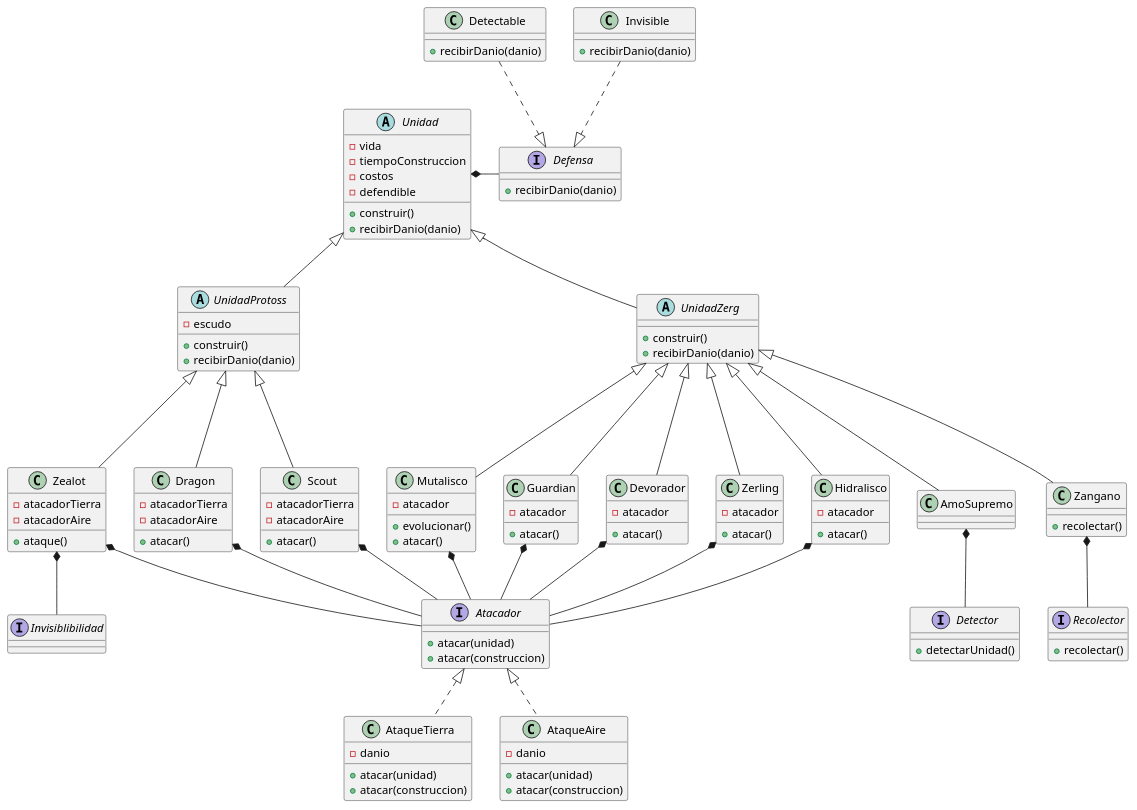
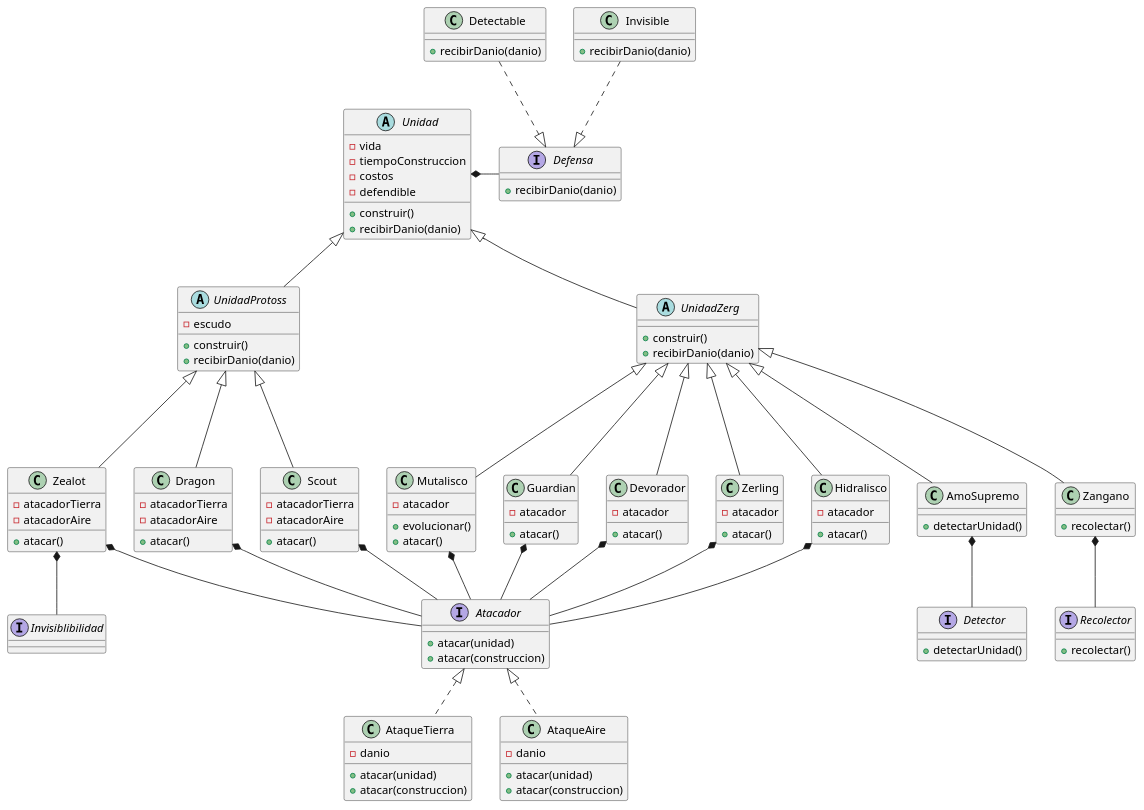
One commit to GiaWong/Algo3_TP2_2C2022 changed the diagram in diagrams/classes/Modelo3/ModeloUnidades.puml. Above: the diagram before and after it, drawn with PlantUML. The commit also changed 21 other files, not shown here.

```diff
--- a/diagrams/classes/Modelo3/ModeloUnidades.puml
+++ b/diagrams/classes/Modelo3/ModeloUnidades.puml
@@ -1,158 +1,158 @@
 @startuml
 
 interface Defensa {
     +recibirDanio(danio)
 }
 
 class Invisible {
     +recibirDanio(danio)
 }
 
 class Detectable {
     +recibirDanio(danio)
 }
 
 abstract class Unidad {
     - vida
     - tiempoConstruccion
     - costos
     - defendible
     + construir()
     +recibirDanio(danio)
 }
 
 
 abstract class UnidadProtoss {
     - escudo
     + construir()
     +recibirDanio(danio)
 }
 
 class Zealot {
     -atacadorTierra
     -atacadorAire
-    +ataque()
+    +atacar()
 }
 
 class Dragon {
     -atacadorTierra
     -atacadorAire
     +atacar()
 }
 
 class Scout {
     -atacadorTierra
     -atacadorAire
     +atacar()
 
 }
 
 abstract class UnidadZerg {
     + construir()
     +recibirDanio(danio)
 }
 
 class AmoSupremo {
-
+    +detectarUnidad()
 }
 
 class Zangano {
     + recolectar()
 }
 
 class Zerling {
     -atacador
     + atacar()
 }
 
 class Hidralisco {
     -atacador
     +atacar()
 }
 
 class Mutalisco {
     -atacador
     +evolucionar()
     +atacar()
 }
 
 class Guardian {
     -atacador
     +atacar()
 }
 
 class Devorador {
     -atacador
     +atacar()
 }
 
 interface Atacador {
     +atacar(unidad)
     +atacar(construccion)
 }
 
 class AtaqueTierra {
     -danio
     +atacar(unidad)
     +atacar(construccion)
 }
 
 class AtaqueAire {
     -danio
     +atacar(unidad)
     +atacar(construccion)
 }
 
 
 interface Invisiblibilidad {
 }
 
 interface Detector {
     +detectarUnidad()
 }
 
 interface Recolector {
     +recolectar()
 }
 
 Unidad <|-- UnidadZerg
 Unidad <|-- UnidadProtoss
 
 
 UnidadZerg <|--- Zangano
 UnidadZerg <|--- AmoSupremo
 UnidadZerg <|--- Zerling
 UnidadZerg <|--- Hidralisco
 UnidadZerg <|--- Mutalisco
 UnidadZerg <|--- Guardian
 UnidadZerg <|--- Devorador
 
 UnidadProtoss <|--- Zealot
 UnidadProtoss <|--- Dragon
 UnidadProtoss <|--- Scout
 
 AmoSupremo *-- Detector
 
 Zealot *-- Invisiblibilidad
 
 Zerling *-- Atacador
 Hidralisco *-- Atacador
 Mutalisco *-- Atacador
 Guardian *-- Atacador
 Scout *-- Atacador
 Dragon *-- Atacador
 Devorador *-- Atacador
 Zealot *-- Atacador
 
 Zangano *-- Recolector
 
 Unidad *- Defensa
 
 Defensa <|.up. Invisible
 Defensa <|.up. Detectable
 
 Atacador <|.. AtaqueTierra
 Atacador <|.. AtaqueAire
 
 
 @enduml
```
